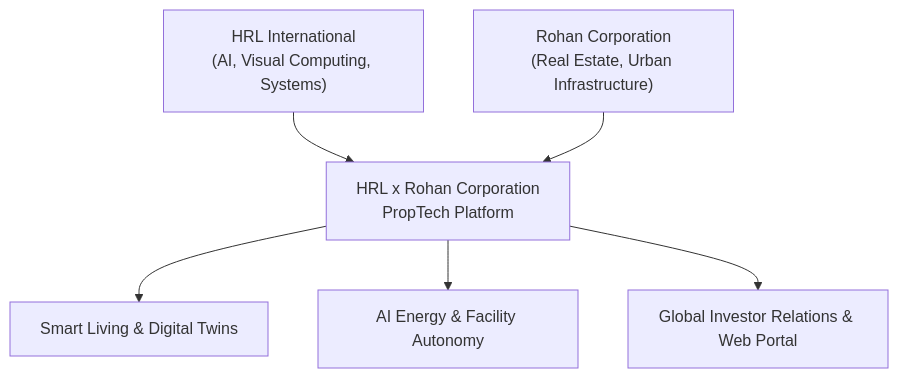
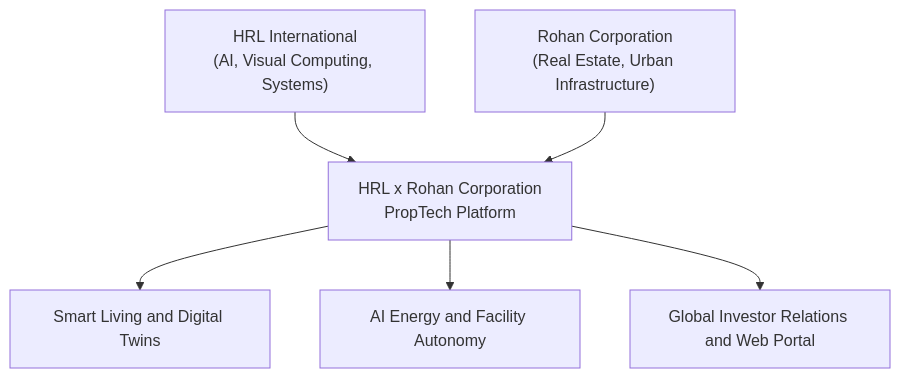
Before and after one commit to hrlpavan/hrl-x-rohan-corporation: the diagram in docs/PARTNERSHIP_CHARTER.md, drawn with Mermaid. The commit also changed 1 other file, not shown here.

Commit message:
fix: resolve rich display rendering error by replacing pie chart with compatible flowchart TD

````diff
--- a/docs/PARTNERSHIP_CHARTER.md
+++ b/docs/PARTNERSHIP_CHARTER.md
@@ -24,9 +24,9 @@
 ```mermaid
 graph TD
     A["HRL International<br/>(AI, Visual Computing, Systems)"] --> C["HRL x Rohan Corporation<br/>PropTech Platform"]
     B["Rohan Corporation<br/>(Real Estate, Urban Infrastructure)"] --> C
     
-    C --> D["Smart Living & Digital Twins"]
-    C --> E["AI Energy & Facility Autonomy"]
-    C --> F["Global Investor Relations & Web Portal"]
+    C --> D["Smart Living and Digital Twins"]
+    C --> E["AI Energy and Facility Autonomy"]
+    C --> F["Global Investor Relations and Web Portal"]
 ```
````
